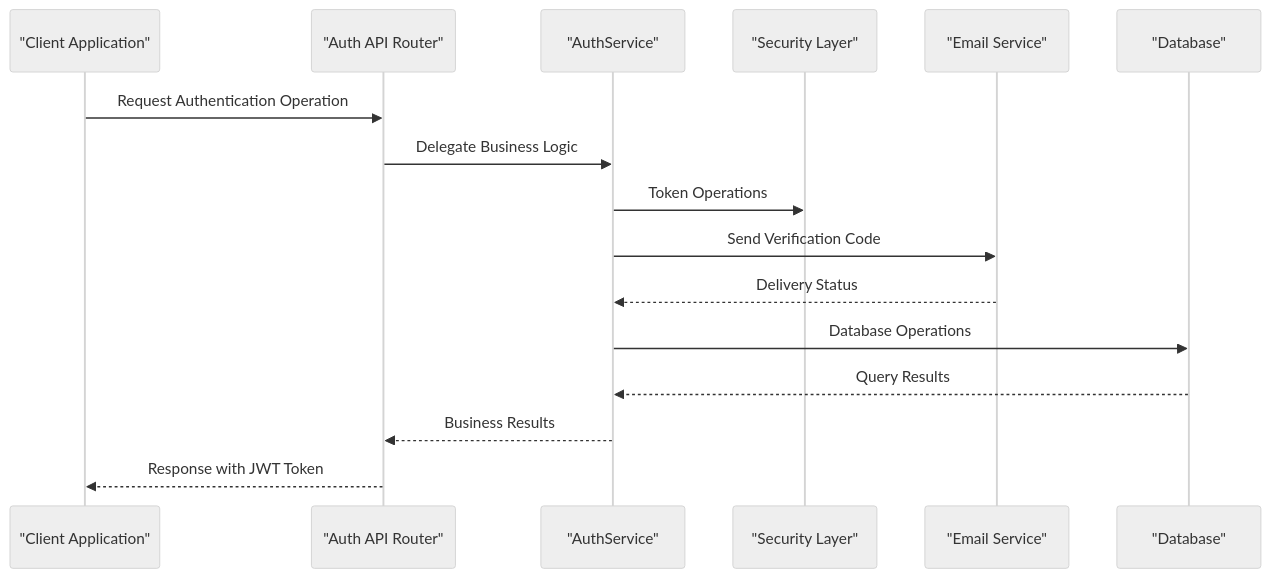
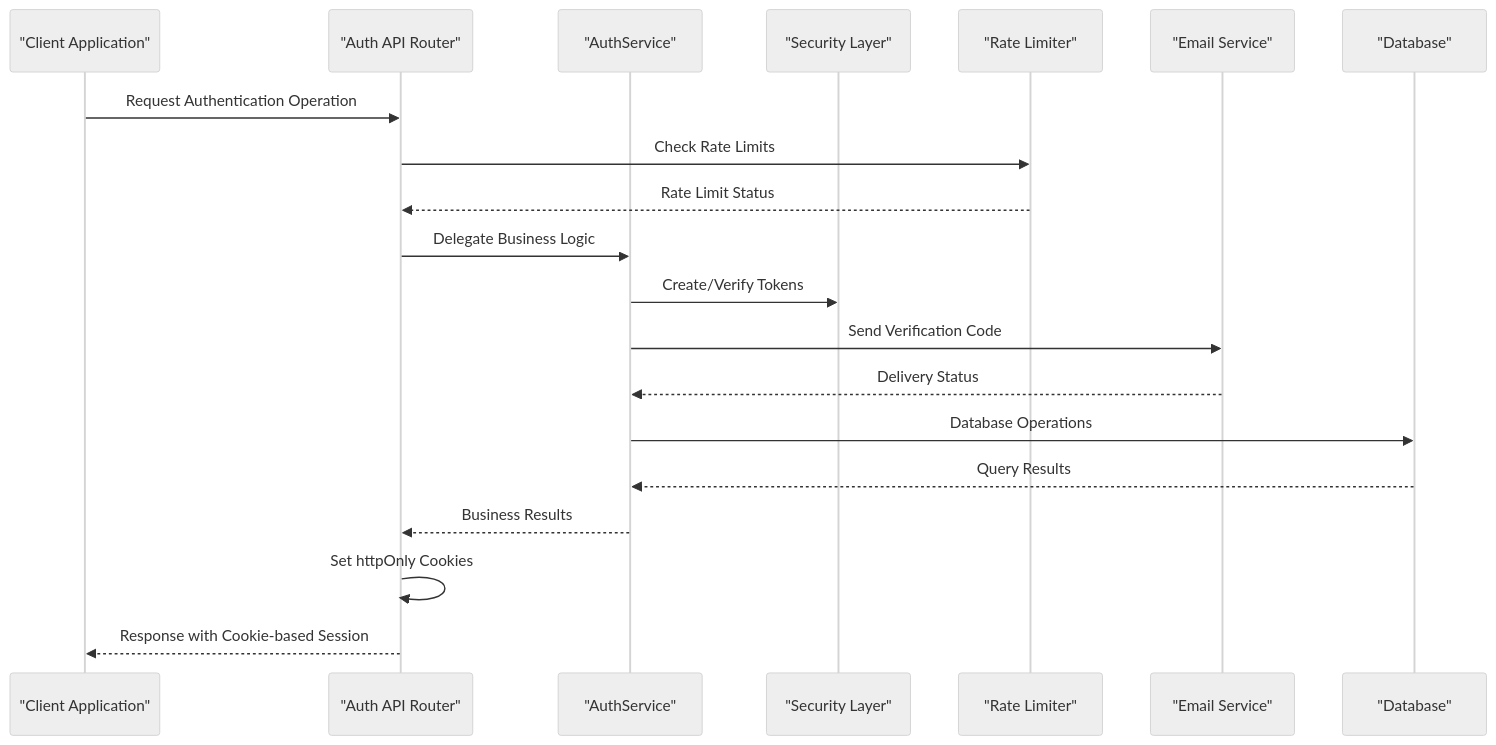
One commit to rainRise/aidiary changed the second of 4 diagrams in .qoder/repowiki/en/content/Backend System/API Endpoints Reference/Authentication Endpoints.md. Above: the diagram before and after it, drawn with Mermaid (neutral theme). The commit also changed other lines of this file and 21 other files, not shown here.

````diff
--- a/.qoder/repowiki/en/content/Backend System/API Endpoints Reference/Authentication Endpoints.md
+++ b/.qoder/repowiki/en/content/Backend System/API Endpoints Reference/Authentication Endpoints.md
@@ -105,18 +126,22 @@
 ```mermaid
 sequenceDiagram
 participant Client as "Client Application"
 participant API as "Auth API Router"
 participant Service as "AuthService"
 participant Security as "Security Layer"
+participant RateLimit as "Rate Limiter"
 participant Email as "Email Service"
 participant DB as "Database"
 Client->>API : Request Authentication Operation
+API->>RateLimit : Check Rate Limits
+RateLimit-->>API : Rate Limit Status
 API->>Service : Delegate Business Logic
-Service->>Security : Token Operations
+Service->>Security : Create/Verify Tokens
 Service->>Email : Send Verification Code
 Email-->>Service : Delivery Status
 Service->>DB : Database Operations
 DB-->>Service : Query Results
 Service-->>API : Business Results
-API-->>Client : Response with JWT Token
+API->>API : Set httpOnly Cookies
+API-->>Client : Response with Cookie-based Session
 ```
````
